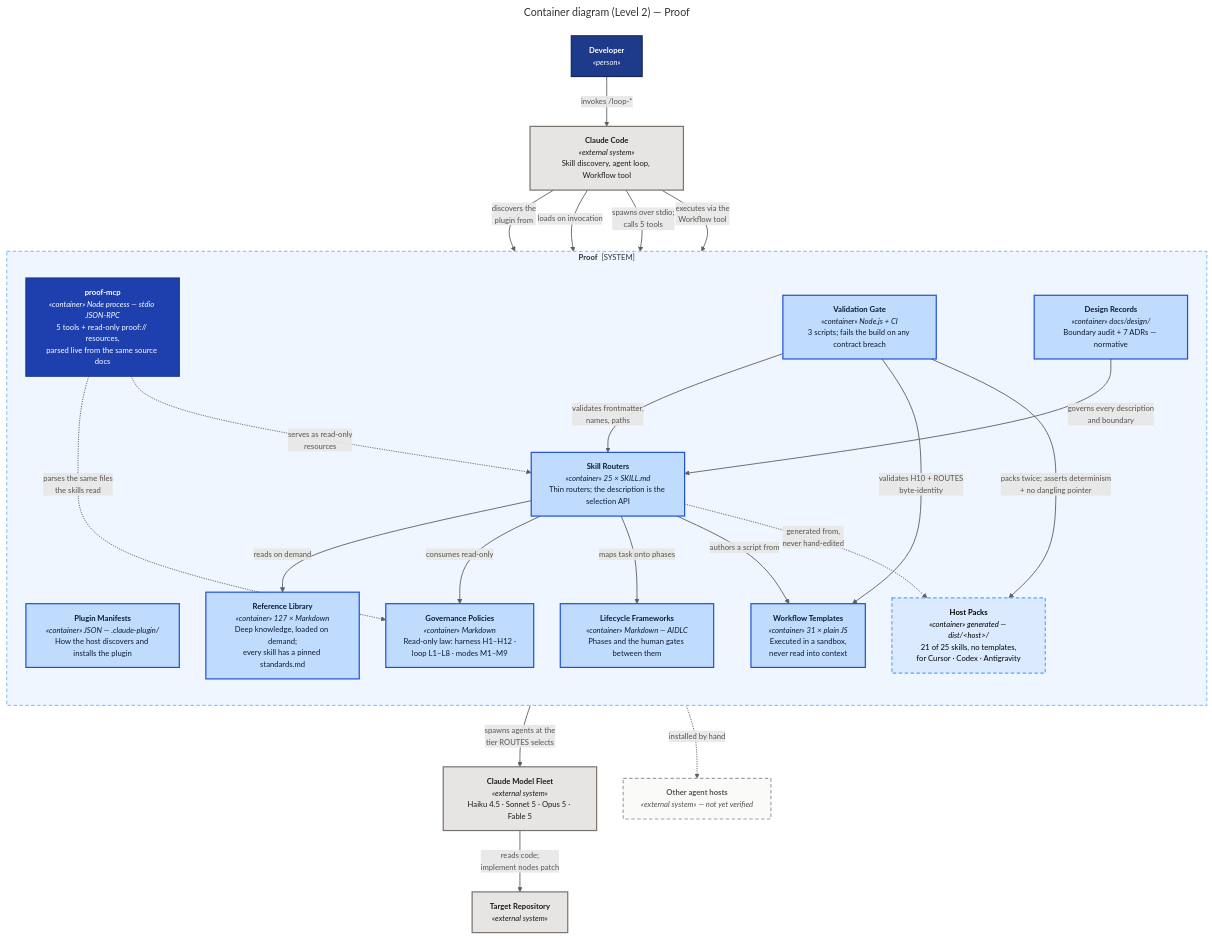
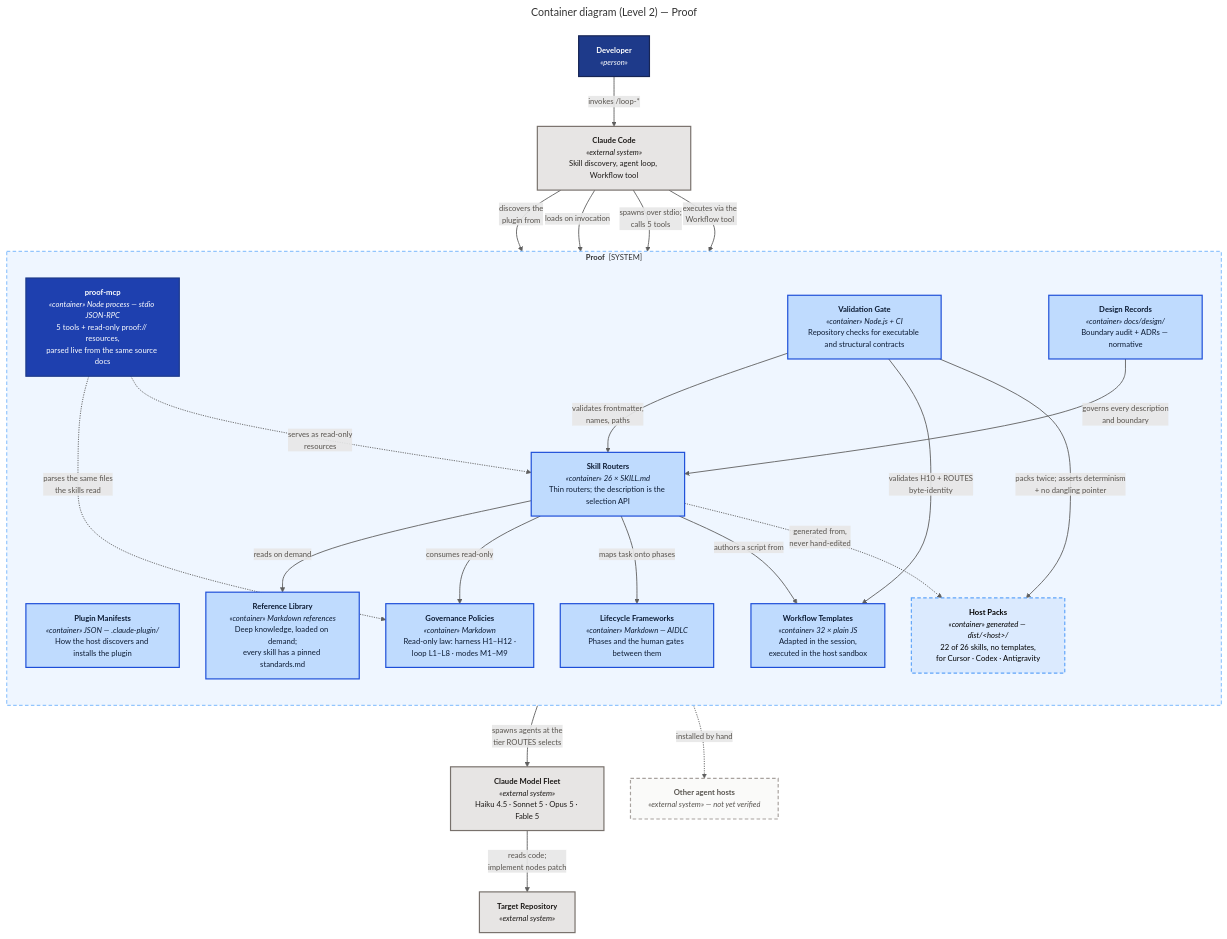
Before and after one commit to santapong/Proof: the diagram in docs/c4/diagrams/src/container.mmd, drawn with Mermaid. The commit also changed 36 other files, not shown here.

Commit message:
docs: refresh README and architecture with verified SVG diagrams

```diff
--- a/docs/c4/diagrams/src/container.mmd
+++ b/docs/c4/diagrams/src/container.mmd
@@ -1,60 +1,60 @@
 ---
 title: "Container diagram (Level 2) — Proof"
 ---
 %%{init: {"flowchart": {"curve": "basis", "nodeSpacing": 45, "rankSpacing": 65}, "themeVariables": {"fontFamily": "Segoe UI, Helvetica, Arial, sans-serif", "fontSize": "13px"}}}%%
 flowchart TB
     dev["<b>Developer</b><br/><i>«person»</i>"]
     cc["<b>Claude Code</b><br/><i>«external system»</i><br/>Skill discovery, agent loop, Workflow tool"]
 
     subgraph hd["<b>Proof</b> &nbsp;[SYSTEM]"]
         direction TB
         manifest["<b>Plugin Manifests</b><br/><i>«container» JSON — .claude-plugin/</i><br/>How the host discovers and installs the plugin"]
-        routers["<b>Skill Routers</b><br/><i>«container» 25 × SKILL.md</i><br/>Thin routers; the description is the selection API"]
-        refs["<b>Reference Library</b><br/><i>«container» 127 × Markdown</i><br/>Deep knowledge, loaded on demand;<br/>every skill has a pinned standards.md"]
-        templates["<b>Workflow Templates</b><br/><i>«container» 31 × plain JS</i><br/>Executed in a sandbox,<br/>never read into context"]
+        routers["<b>Skill Routers</b><br/><i>«container» 26 × SKILL.md</i><br/>Thin routers; the description is the selection API"]
+        refs["<b>Reference Library</b><br/><i>«container» Markdown references</i><br/>Deep knowledge, loaded on demand;<br/>every skill has a pinned standards.md"]
+        templates["<b>Workflow Templates</b><br/><i>«container» 32 × plain JS</i><br/>Adapted in the session,<br/>executed in the host sandbox"]
         policy["<b>Governance Policies</b><br/><i>«container» Markdown</i><br/>Read-only law: harness H1–H12 ·<br/>loop L1–L8 · modes M1–M9"]
         frameworks["<b>Lifecycle Frameworks</b><br/><i>«container» Markdown — AIDLC</i><br/>Phases and the human gates between them"]
-        design["<b>Design Records</b><br/><i>«container» docs/design/</i><br/>Boundary audit + 7 ADRs — normative"]
+        design["<b>Design Records</b><br/><i>«container» docs/design/</i><br/>Boundary audit + ADRs — normative"]
         mcp["<b>proof-mcp</b><br/><i>«container» Node process — stdio JSON-RPC</i><br/>5 tools + read-only proof:// resources,<br/>parsed live from the same source docs"]
-        gate["<b>Validation Gate</b><br/><i>«container» Node.js + CI</i><br/>3 scripts; fails the build on any contract breach"]
-        packs["<b>Host Packs</b><br/><i>«container» generated — dist/&lt;host&gt;/</i><br/>21 of 25 skills, no templates,<br/>for Cursor · Codex · Antigravity"]
+        gate["<b>Validation Gate</b><br/><i>«container» Node.js + CI</i><br/>Repository checks for executable and structural contracts"]
+        packs["<b>Host Packs</b><br/><i>«container» generated — dist/&lt;host&gt;/</i><br/>22 of 26 skills, no templates,<br/>for Cursor · Codex · Antigravity"]
     end
 
     fleet["<b>Claude Model Fleet</b><br/><i>«external system»</i><br/>Haiku 4.5 · Sonnet 5 · Opus 5 · Fable 5"]
     repo["<b>Target Repository</b><br/><i>«external system»</i>"]
     hosts["<b>Other agent hosts</b><br/><i>«external system» — not yet verified</i>"]
 
     dev -- "invokes /loop-*" --> cc
     cc -- "discovers the<br/>plugin from" --> manifest
     cc -- "loads on invocation" --> routers
     cc -- "spawns over stdio;<br/>calls 5 tools" --> mcp
     routers -- "reads on demand" --> refs
     routers -- "consumes read-only" --> policy
     routers -- "maps task onto phases" --> frameworks
     routers -- "authors a script from" --> templates
     cc -- "executes via the<br/>Workflow tool" --> templates
     templates -- "spawns agents at the<br/>tier ROUTES selects" --> fleet
     fleet -- "reads code;<br/>implement nodes patch" --> repo
     mcp -. "parses the same files<br/>the skills read" .-> policy
     mcp -. "serves as read-only<br/>resources" .-> routers
     gate -- "validates frontmatter,<br/>names, paths" --> routers
     gate -- "validates H10 + ROUTES<br/>byte-identity" --> templates
     gate -- "packs twice; asserts determinism<br/>+ no dangling pointer" --> packs
     design -- "governs every description<br/>and boundary" --> routers
     routers -. "generated from,<br/>never hand-edited" .-> packs
     packs -. "installed by hand" .-> hosts
 
     classDef person fill:#1E3A8A,stroke:#172554,stroke-width:2px,color:#fff
     classDef container fill:#BFDBFE,stroke:#1D4ED8,stroke-width:2px,color:#0C1B33
     classDef process fill:#1E40AF,stroke:#1E3A8A,stroke-width:2px,color:#fff
     classDef generated fill:#DBEAFE,stroke:#60A5FA,stroke-width:2px,stroke-dasharray:6 4,color:#000
     classDef ext fill:#E7E5E4,stroke:#78716C,stroke-width:2px,color:#1C1917
     classDef planned fill:#FAFAF9,stroke:#A8A29E,stroke-width:2px,stroke-dasharray:6 4,color:#57534E
     class dev person
     class manifest,routers,refs,templates,policy,frameworks,design,gate container
     class mcp process
     class packs generated
     class cc,fleet,repo ext
     class hosts planned
     style hd fill:#EFF6FF,stroke:#93C5FD,stroke-width:2px,stroke-dasharray:6 4
     linkStyle default stroke:#5F5F5F,stroke-width:1.5px,color:#57534E
```
